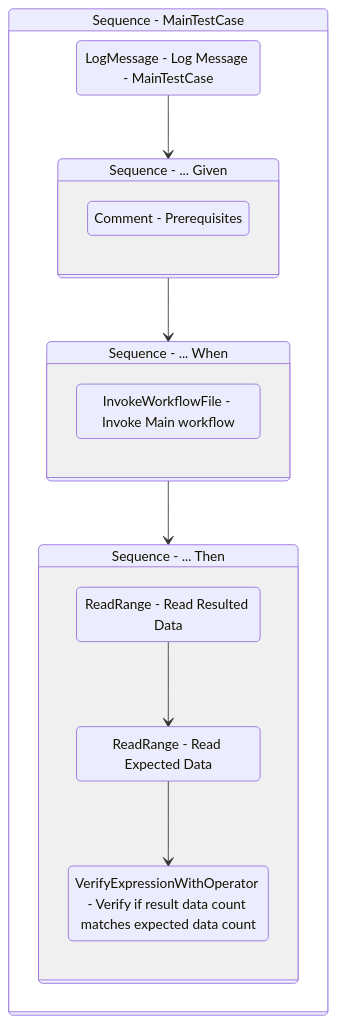
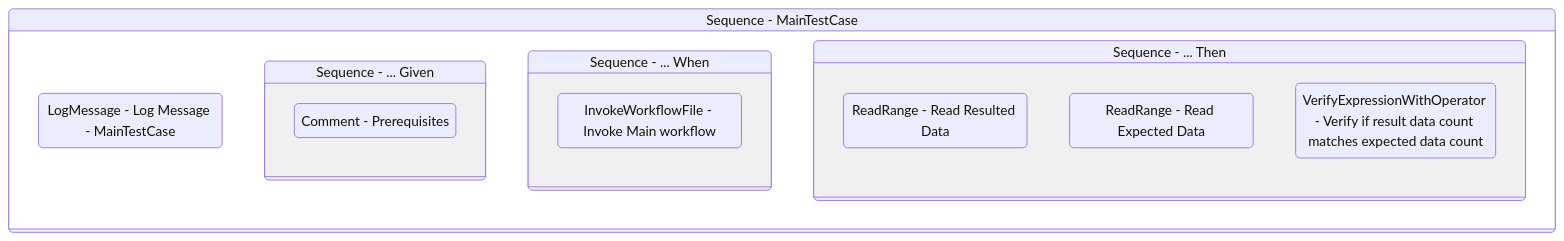
Before and after one commit to yashbrahmbhatt/LazyFramework: the diagram in Documentation/.templates/Performers/REFramework/Tests/MainTestCase.md, drawn with Mermaid. The commit also changed 72 other files, not shown here.

````diff
--- a/Documentation/.templates/Performers/REFramework/Tests/MainTestCase.md
+++ b/Documentation/.templates/Performers/REFramework/Tests/MainTestCase.md
@@ -126,32 +126,30 @@
 ```mermaid
 stateDiagram-v2
 
 
 Sequence_1: Sequence - MainTestCase
 state Sequence_1 {
 direction TB
 LogMessage_1 : LogMessage - Log Message - MainTestCase
-LogMessage_1 --> Sequence_2
+
 Sequence_2: Sequence - ... Given
 state Sequence_2 {
 direction TB
 Comment_1 : Comment - Prerequisites
 }
-Sequence_2 --> Sequence_3
+
 Sequence_3: Sequence - ... When
 state Sequence_3 {
 direction TB
 InvokeWorkflowFile_1 : InvokeWorkflowFile - Invoke Main workflow
 }
-Sequence_3 --> Sequence_4
+
 Sequence_4: Sequence - ... Then
 state Sequence_4 {
 direction TB
 ReadRange_1 : ReadRange - Read Resulted Data
 ReadRange_2 : ReadRange - Read Expected Data
-ReadRange_1 --> ReadRange_2
 VerifyExpressionWithOperator_1 : VerifyExpressionWithOperator - Verify if result data count matches expected data count
-ReadRange_2 --> VerifyExpressionWithOperator_1
 }
 }
 ```
````
